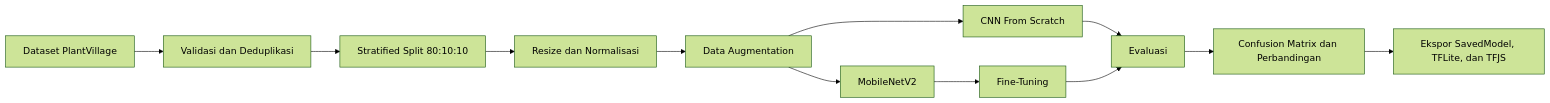
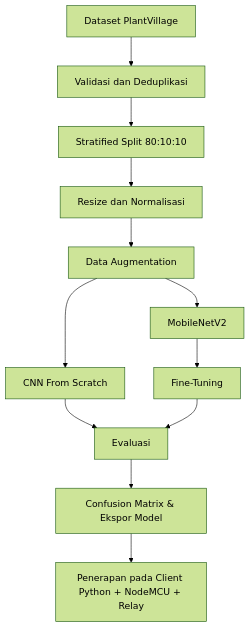
Before and after one commit to Gslza/PlantVillage: the diagram in README.md, drawn with Mermaid (forest theme). The commit also changed other lines of this file and 15 other files, not shown here.

Commit message:
feat: implement Tomato AIoT Relay Control and patch model compatibility

````diff
--- a/README.md
+++ b/README.md
@@ -148,14 +193,14 @@
 ```mermaid
-flowchart LR
+flowchart TD
     A[Dataset PlantVillage] --> B[Validasi dan Deduplikasi]
     B --> C[Stratified Split 80:10:10]
     C --> D[Resize dan Normalisasi]
     D --> E[Data Augmentation]
     E --> F1[CNN From Scratch]
     E --> F2[MobileNetV2]
     F2 --> G[Fine-Tuning]
     F1 --> H[Evaluasi]
     G --> H
-    H --> I[Confusion Matrix dan Perbandingan]
-    I --> J[Ekspor SavedModel, TFLite, dan TFJS]
+    H --> I[Confusion Matrix & Ekspor Model]
+    I --> J[Penerapan pada Client Python + NodeMCU + Relay]
 ```
````
